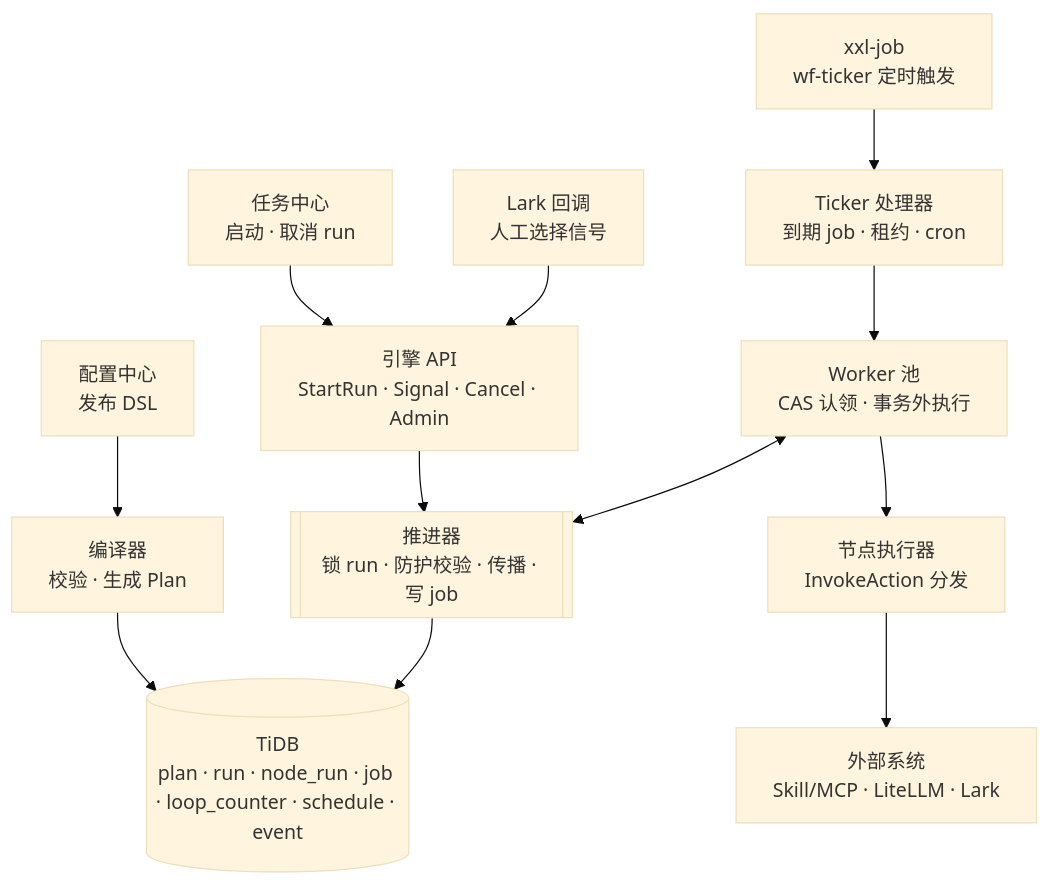
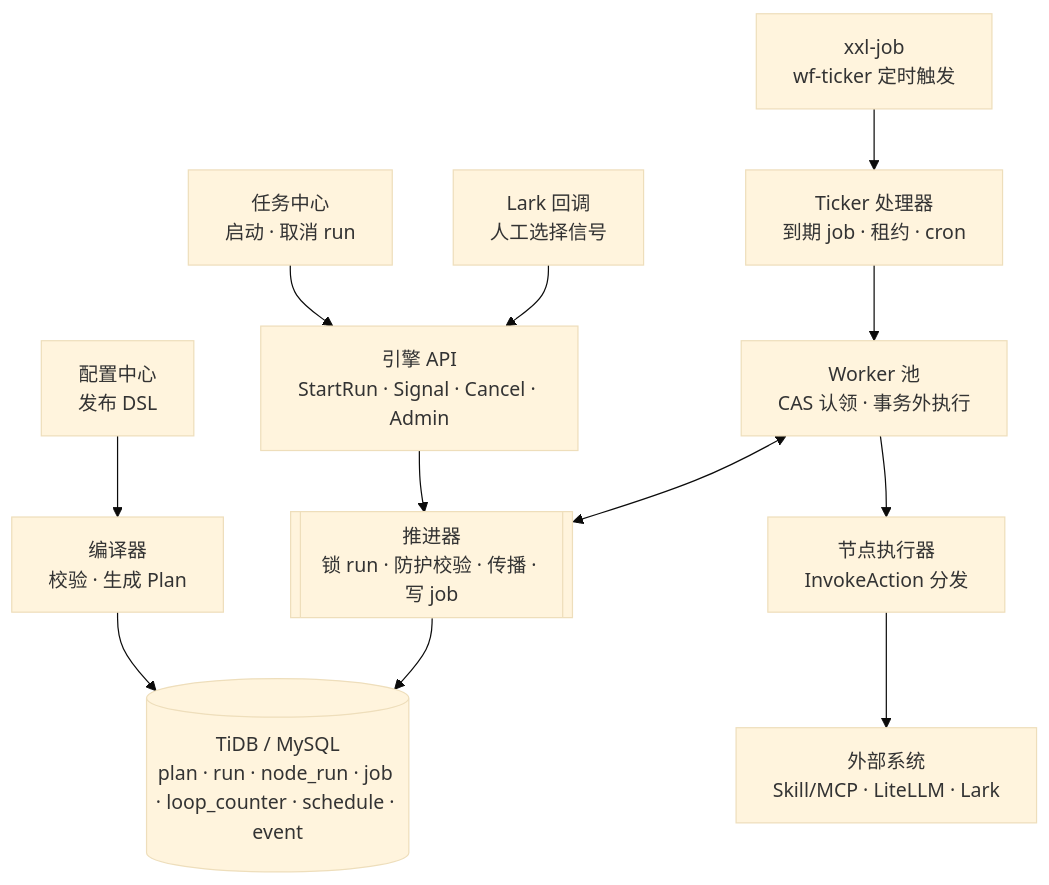
Before and after one commit to alex2025-sh/ai-workbench: the diagram in docs/workflow-engine.md, drawn with Mermaid (base theme). The commit also changed other lines of this file and 2 other files, not shown here.

First line of the commit message:
docs: storage can be TiDB or MySQL 8.0

````diff
--- a/docs/workflow-engine.md
+++ b/docs/workflow-engine.md
@@ -47,14 +47,14 @@
 ```mermaid
 flowchart TB
     Cfg[配置中心<br/>发布 DSL] --> Comp[编译器<br/>校验 · 生成 Plan]
     TaskC[任务中心<br/>启动 · 取消 run] --> API[引擎 API<br/>StartRun · Signal · Cancel · Admin]
     LarkCB[Lark 回调<br/>人工选择信号] --> API
     XXL[xxl-job<br/>wf-ticker 定时触发] --> Tick[Ticker 处理器<br/>到期 job · 租约 · cron]
     API --> Adv[[推进器<br/>锁 run · 防护校验 · 传播 · 写 job]]
     Tick --> Pool[Worker 池<br/>CAS 认领 · 事务外执行]
     Pool <--> Adv
     Pool --> Exec[节点执行器<br/>InvokeAction 分发]
     Exec --> Ext[外部系统<br/>Skill/MCP · LiteLLM · Lark]
-    Comp --> DB[(TiDB<br/>plan · run · node_run · job · loop_counter · schedule · event)]
+    Comp --> DB[(TiDB / MySQL<br/>plan · run · node_run · job · loop_counter · schedule · event)]
     Adv --> DB
 ```
````
